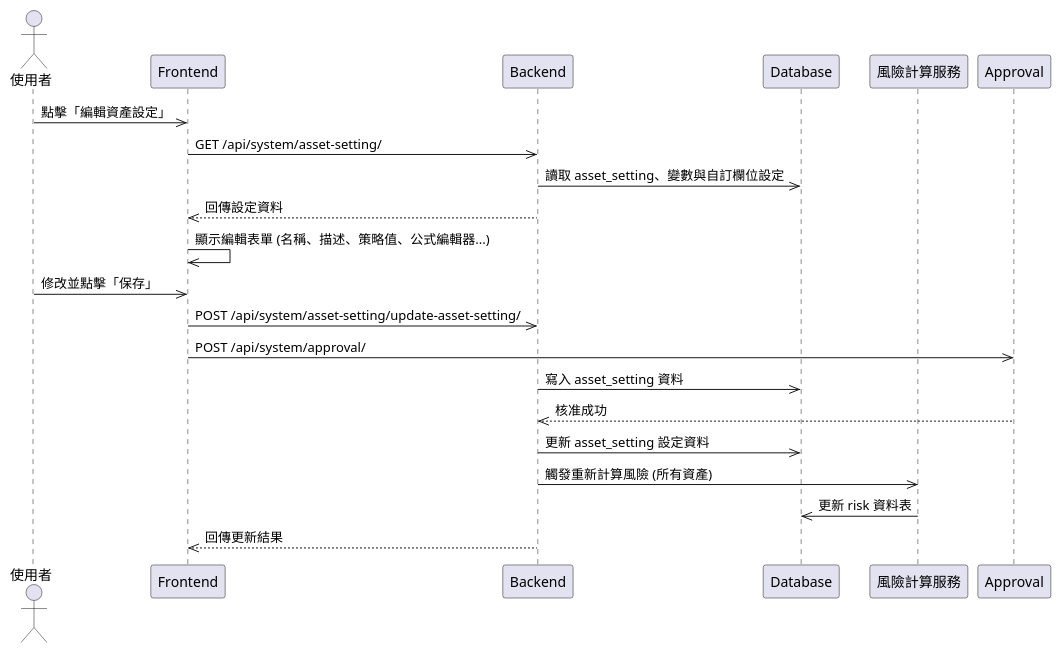
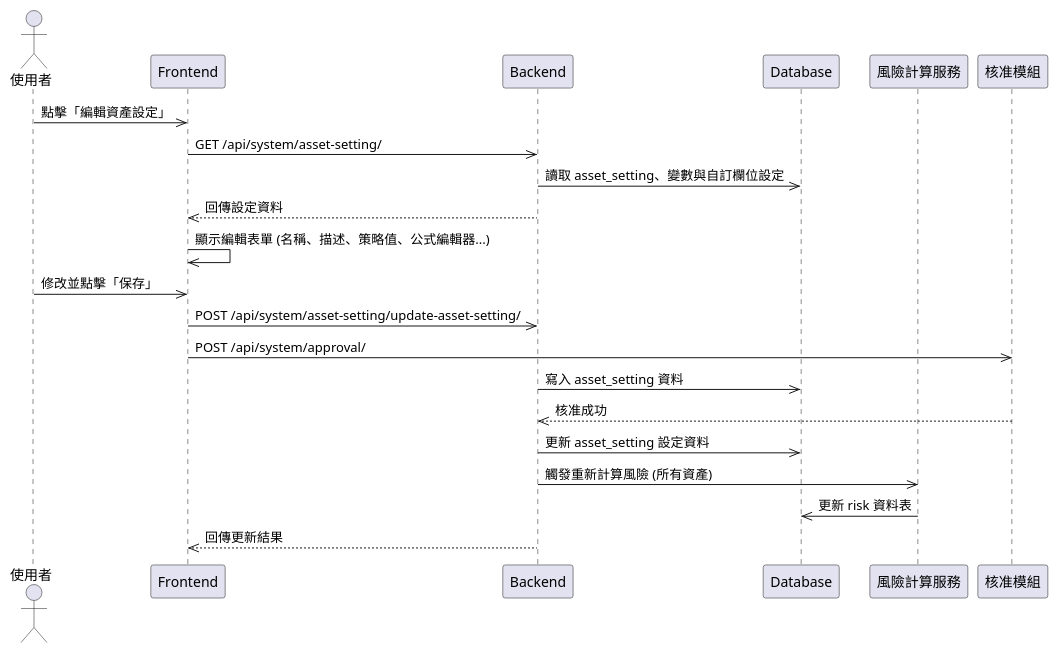
The diagram in plantUML/sequence/asset_setting_edit.puml (walle45611/NTUB_SecuManag_Diagram), drawn with PlantUML before and after one commit. The commit also changed 5 other files, not shown here.

Commit message:
(modify): 調整圖表格式，新增物件版本新增循序圖

```diff
--- a/plantUML/sequence/asset_setting_edit.puml
+++ b/plantUML/sequence/asset_setting_edit.puml
@@ -1,23 +1,24 @@
 @startuml
 
 actor User as "使用者"
 participant Frontend
 participant Backend
 participant Database
 participant Service as "風險計算服務"
+participant Approval as "核准模組"
 
 User ->> Frontend: 點擊「編輯資產設定」
 Frontend ->> Backend: GET /api/system/asset-setting/
 Backend ->> Database: 讀取 asset_setting、變數與自訂欄位設定
 Backend -->> Frontend: 回傳設定資料
 Frontend ->> Frontend: 顯示編輯表單 (名稱、描述、策略值、公式編輯器...)
 User ->> Frontend: 修改並點擊「保存」
 Frontend ->> Backend: POST /api/system/asset-setting/update-asset-setting/
 Frontend ->> Approval: POST /api/system/approval/
 Backend ->> Database: 寫入 asset_setting 資料
 Approval-->>Backend: 核准成功
 Backend ->> Database: 更新 asset_setting 設定資料
 Backend ->> Service: 觸發重新計算風險 (所有資產)
 Service ->> Database: 更新 risk 資料表
 Backend -->> Frontend: 回傳更新結果
 @enduml
```
